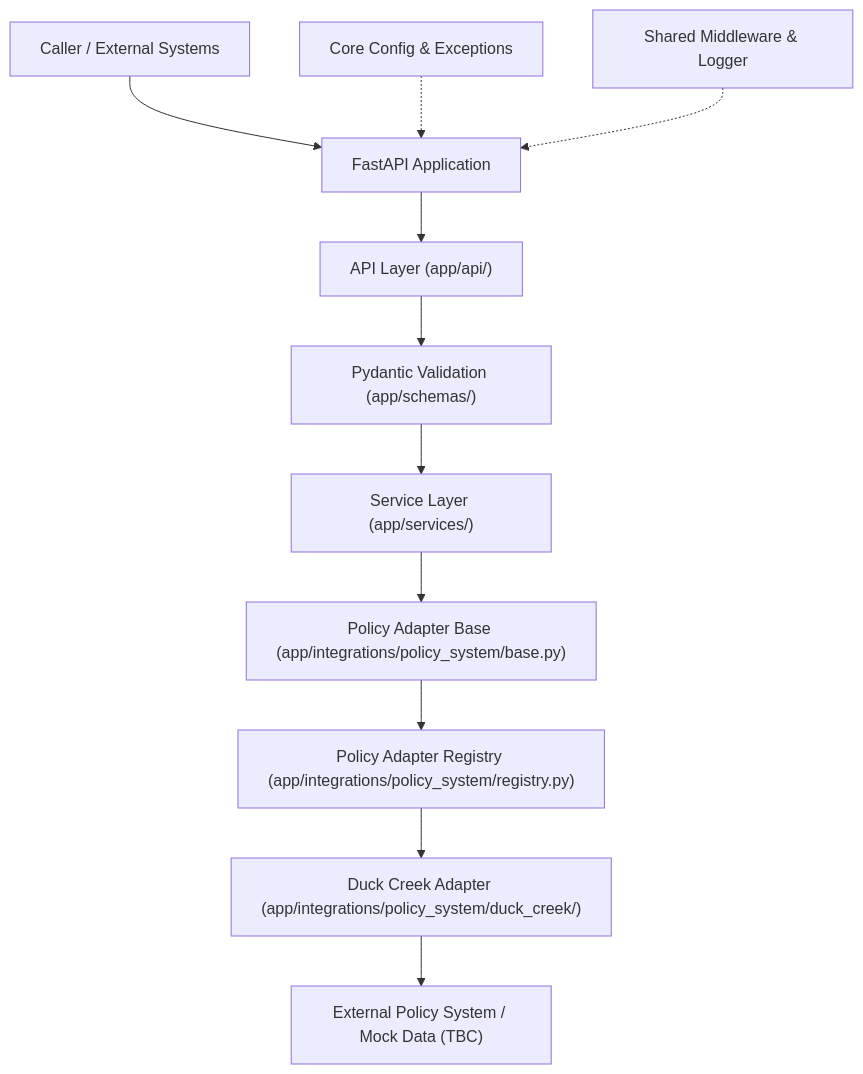
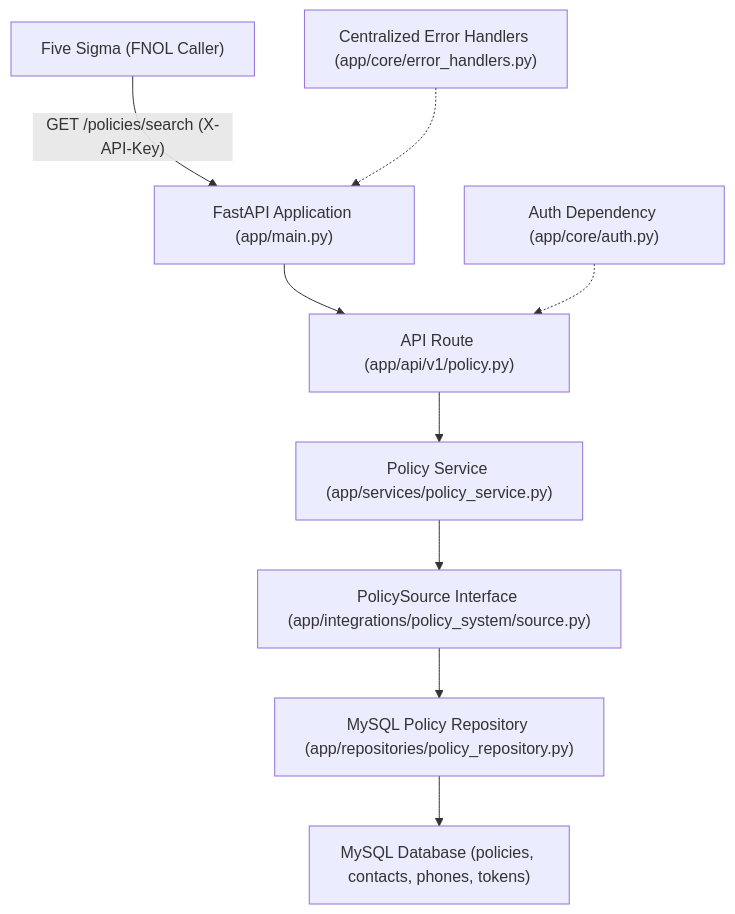
One commit to anujsinghwd/testcx changed the diagram in README.md. Above: the diagram before and after it, drawn with Mermaid. The commit also changed other lines of this file and 47 other files, not shown here.

````diff
--- a/README.md
+++ b/README.md
@@ -37,14 +25,12 @@
 ```mermaid
 flowchart TD
-    A["Caller / External Systems"] --> B["FastAPI Application"]
-    B --> C["API Layer (app/api/)"]
-    C --> D["Pydantic Validation (app/schemas/)"]
-    D --> E["Service Layer (app/services/)"]
-    E --> F["Policy Adapter Base (app/integrations/policy_system/base.py)"]
-    F --> G["Policy Adapter Registry (app/integrations/policy_system/registry.py)"]
-    G --> H["Duck Creek Adapter (app/integrations/policy_system/duck_creek/)"]
-    H --> I["External Policy System / Mock Data (TBC)"]
+    A["Five Sigma (FNOL Caller)"] -->|"GET /policies/search (X-API-Key)"| B["FastAPI Application (app/main.py)"]
+    B --> C["API Route (app/api/v1/policy.py)"]
+    C --> D["Policy Service (app/services/policy_service.py)"]
+    D --> E["PolicySource Interface (app/integrations/policy_system/source.py)"]
+    E --> F["MySQL Policy Repository (app/repositories/policy_repository.py)"]
+    F --> G["MySQL Database (policies, contacts, phones, tokens)"]
 
-    J["Core Config & Exceptions"] -.-> B
-    K["Shared Middleware & Logger"] -.-> B
+    H["Auth Dependency (app/core/auth.py)"] -.-> C
+    I["Centralized Error Handlers (app/core/error_handlers.py)"] -.-> B
 ```
````
